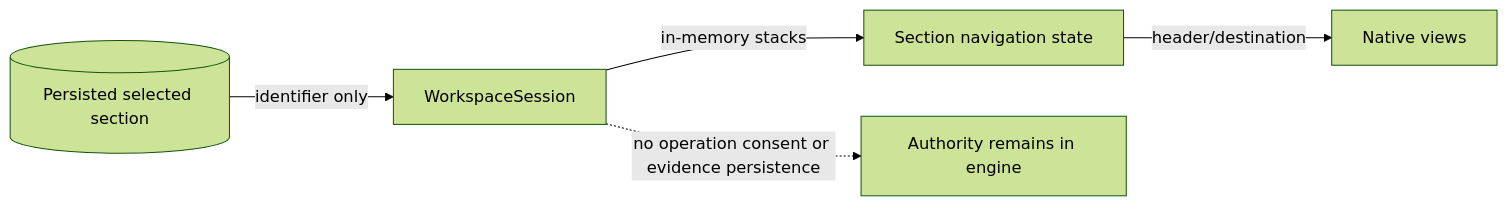
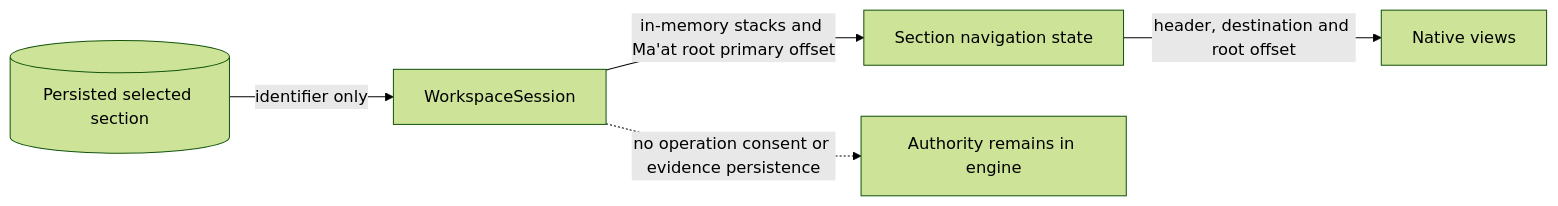
Diagram 20 of 43 in docs/stacklab/pantheon-pt/canon/DIAGRAMS_RUNTIME_NATIVE.md (SirsiMaster/sirsi-pantheon), drawn with Mermaid (forest theme) before and after one commit. The commit also changed other lines of this file and 48 other files, not shown here.

````diff
--- a/docs/stacklab/pantheon-pt/canon/DIAGRAMS_RUNTIME_NATIVE.md
+++ b/docs/stacklab/pantheon-pt/canon/DIAGRAMS_RUNTIME_NATIVE.md
@@ -271,7 +271,7 @@
 ```mermaid
 flowchart LR
   PREF[(Persisted selected section)] -->|identifier only| SESSION[WorkspaceSession]
-  SESSION -->|in-memory stacks| SECTIONS[Section navigation state]
-  SECTIONS -->|header/destination| VIEW[Native views]
+  SESSION -->|in-memory stacks and Ma'at root primary offset| SECTIONS[Section navigation state]
+  SECTIONS -->|header, destination and root offset| VIEW[Native views]
   SESSION -. no operation consent or evidence persistence .-> X[Authority remains in engine]
 ```
````
